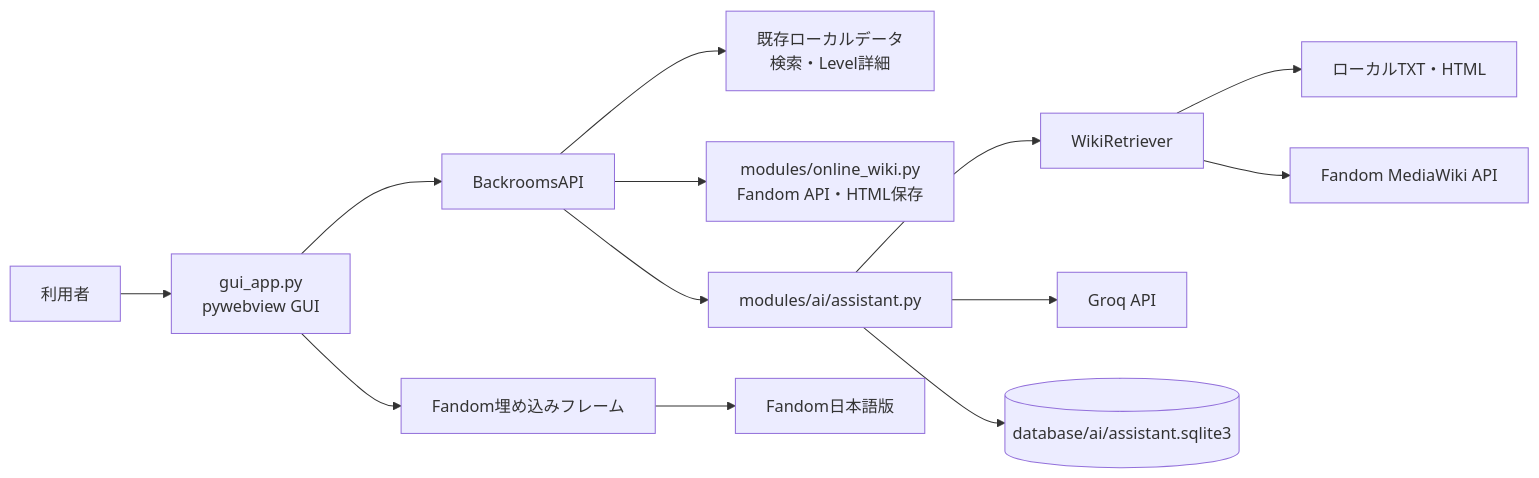
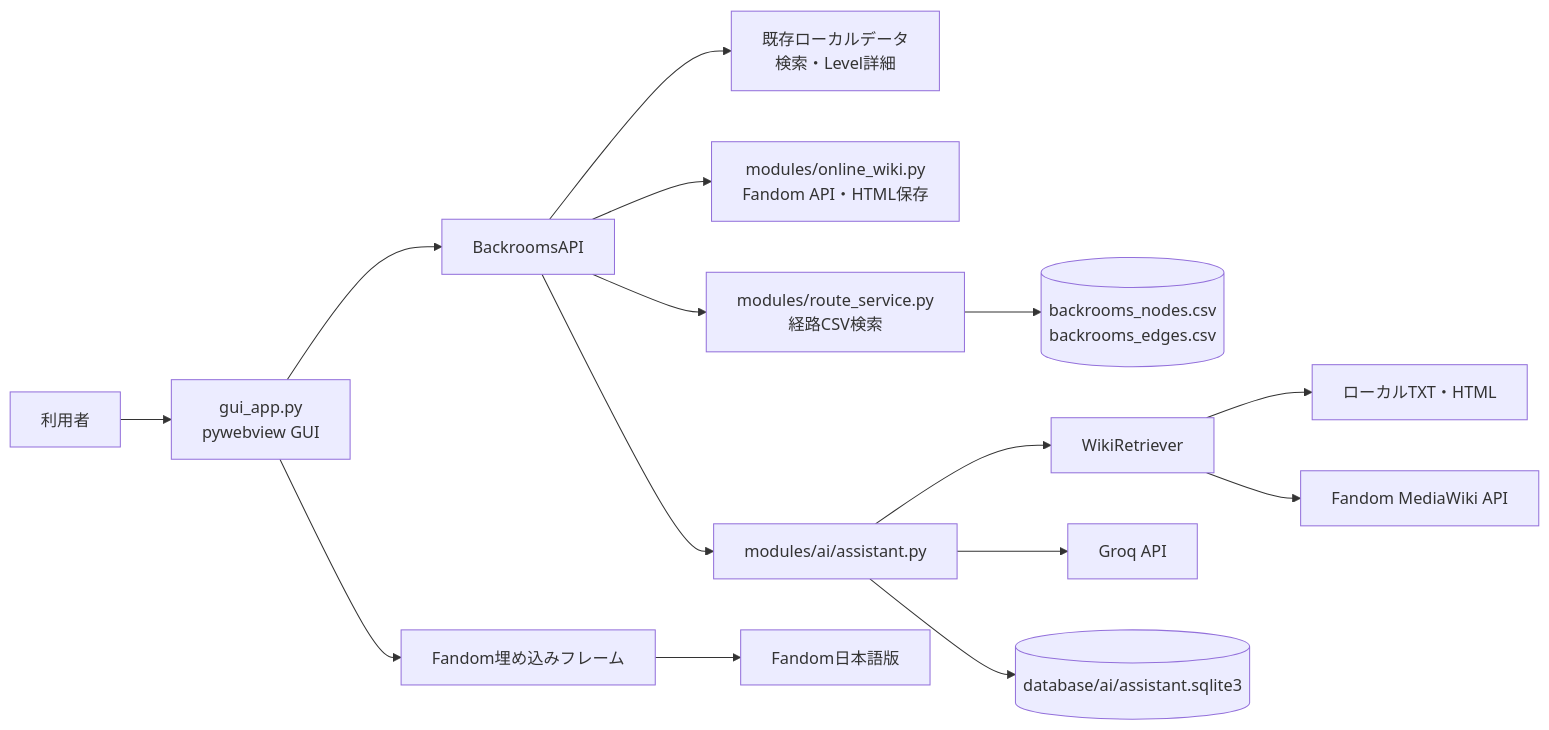
The first of 3 diagrams in docs/architecture.md (Suigetsu-Lium/BrNavi-FandomJP-GUI), drawn with Mermaid before and after one commit. The commit also changed other lines of this file and 15 other files, not shown here.

````diff
--- a/docs/architecture.md
+++ b/docs/architecture.md
@@ -30,15 +31,17 @@
 ```mermaid
 flowchart LR
     User[利用者] --> UI[gui_app.py<br/>pywebview GUI]
     UI --> Bridge[BackroomsAPI]
     Bridge --> Local[既存ローカルデータ<br/>検索・Level詳細]
     Bridge --> Wiki[modules/online_wiki.py<br/>Fandom API・HTML保存]
+    Bridge --> Route[modules/route_service.py<br/>経路CSV検索]
+    Route --> RouteCSV[(backrooms_nodes.csv<br/>backrooms_edges.csv)]
     UI --> Frame[Fandom埋め込みフレーム]
     Frame --> Fandom[Fandom日本語版]
     Bridge --> AI[modules/ai/assistant.py]
     AI --> Retriever[WikiRetriever]
     Retriever --> LocalWiki[ローカルTXT・HTML]
     Retriever --> FandomAPI[Fandom MediaWiki API]
     AI --> Groq[Groq API]
     AI --> SQLite[(database/ai/assistant.sqlite3)]
 ```
````
